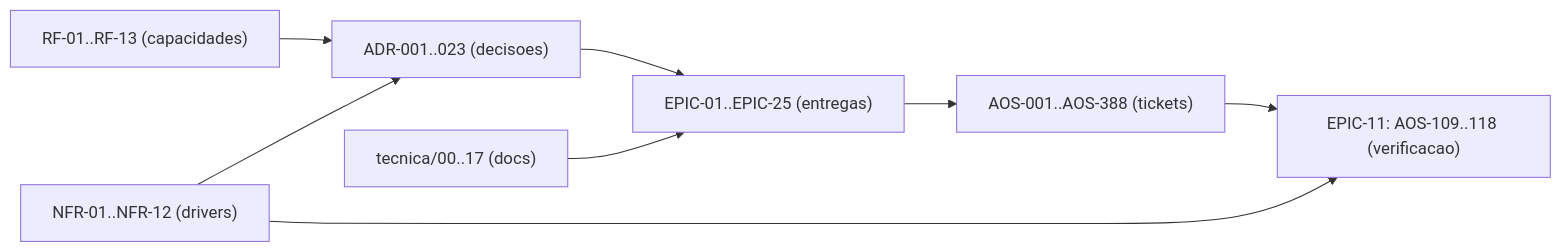
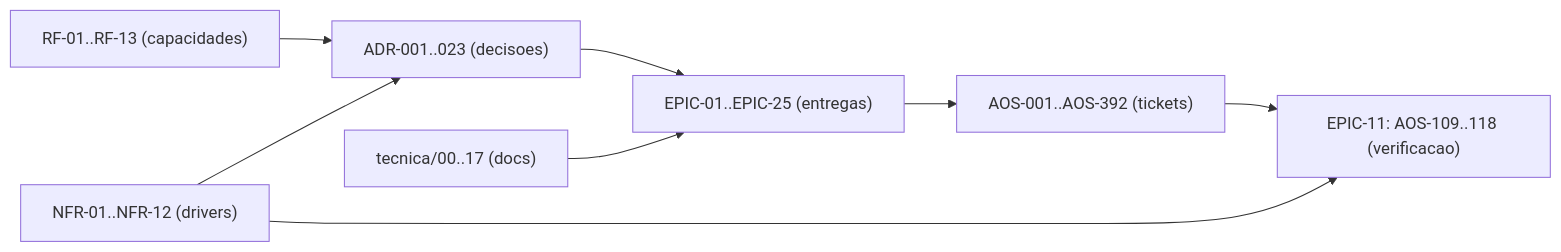
The diagram in tecnica/16_Rastreabilidade_RTM.md (albinoJimy/aos), drawn with Mermaid before and after one commit. The commit also changed other lines of this file and 2 other files, not shown here.

First line of the commit message:
docs(AOS-389..392): tickets do despacho governado do Planeador para v1.1 distribuído

````diff
--- a/tecnica/16_Rastreabilidade_RTM.md
+++ b/tecnica/16_Rastreabilidade_RTM.md
@@ -180,10 +180,10 @@
 ```mermaid
 flowchart LR
     RF["RF-01..RF-13 (capacidades)"] --> ADR["ADR-001..023 (decisoes)"]
     NFR["NFR-01..NFR-12 (drivers)"] --> ADR
     ADR --> EPIC["EPIC-01..EPIC-25 (entregas)"]
-    EPIC --> TICK["AOS-001..AOS-388 (tickets)"]
+    EPIC --> TICK["AOS-001..AOS-392 (tickets)"]
     DOC["tecnica/00..17 (docs)"] --> EPIC
     TICK --> TEST["EPIC-11: AOS-109..118 (verificacao)"]
     NFR --> TEST
 ```
````
